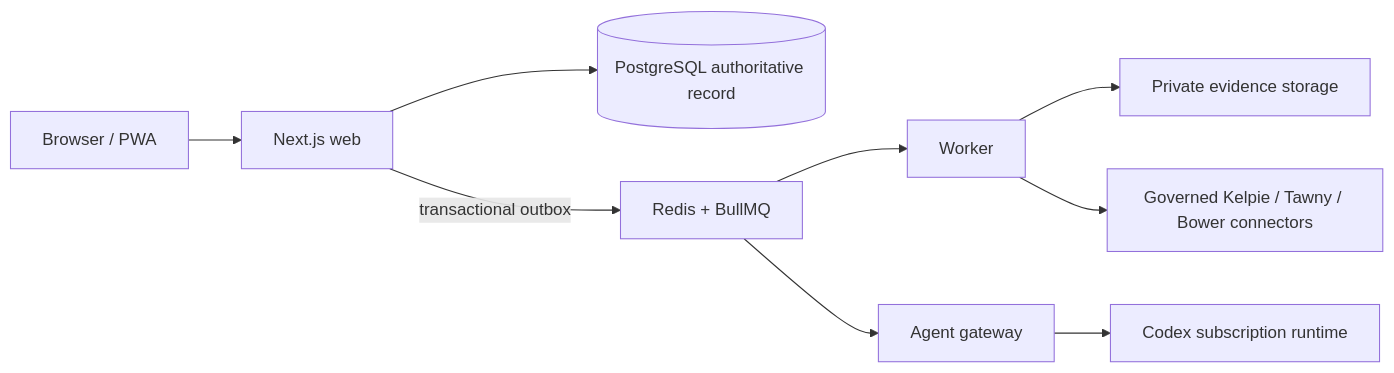
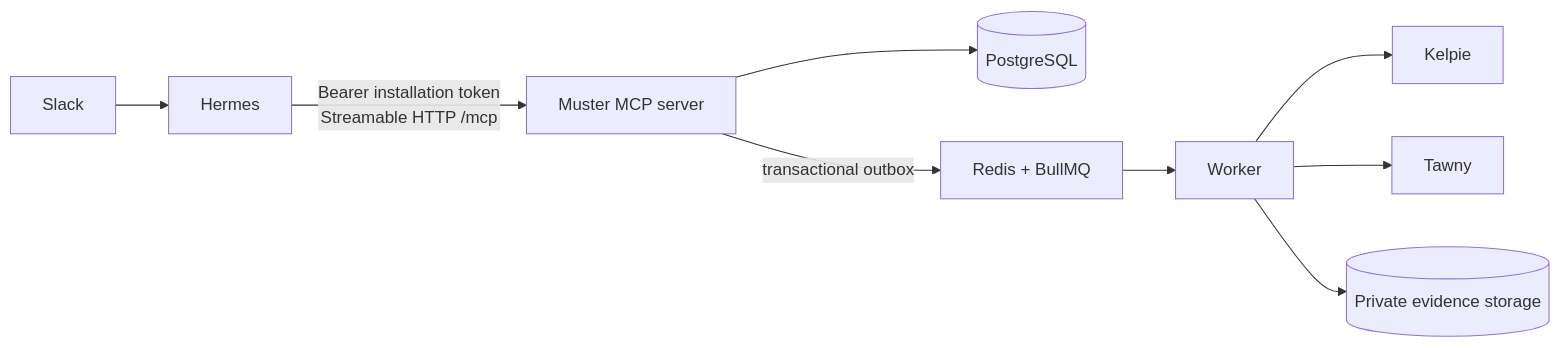
The diagram in README.md (jusso-dev/Muster), drawn with Mermaid before and after one commit. The commit also changed other lines of this file and 2 other files, not shown here.

First line of the commit message:
docs: reframe README as Hermes MCP control plane

````diff
--- a/README.md
+++ b/README.md
@@ -209,11 +38,11 @@
 ```mermaid
 flowchart LR
-  B[Browser / PWA] --> W[Next.js web]
-  W --> P[(PostgreSQL authoritative record)]
-  W -->|transactional outbox| Q[Redis + BullMQ]
-  Q --> K[Worker]
-  Q --> G[Agent gateway]
-  K --> E[Private evidence storage]
-  K --> X[Governed Kelpie / Tawny / Bower connectors]
-  G --> C[Codex subscription runtime]
+  Slack --> Hermes
+  Hermes -- "Bearer installation token\nStreamable HTTP /mcp" --> MCP["Muster MCP server"]
+  MCP --> PG[(PostgreSQL)]
+  MCP -->|transactional outbox| Q[Redis + BullMQ]
+  Q --> Worker
+  Worker --> Kelpie
+  Worker --> Tawny
+  Worker --> Objects[(Private evidence storage)]
 ```
````
